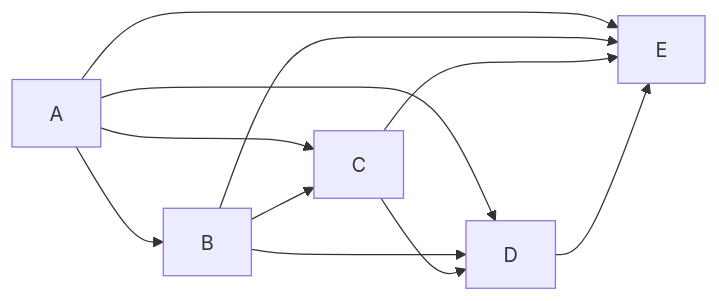
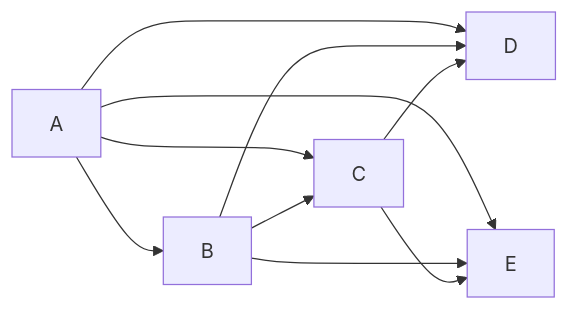
Before and after one commit to daikimat/depermaid: the seventh of 8 diagrams in README.md, drawn with Mermaid. The commit also changed other lines of this file and 1 other file, not shown here.

````diff
--- a/README.md
+++ b/README.md
@@ -136,14 +136,14 @@
 ```mermaid
 flowchart LR
     A-->B
     A-->C
     A-->D
     A-->E
     B-->C
     B-->D
     B-->E
     C-->D
     C-->E
-    D-->E
+    D
     E
 ```
````
